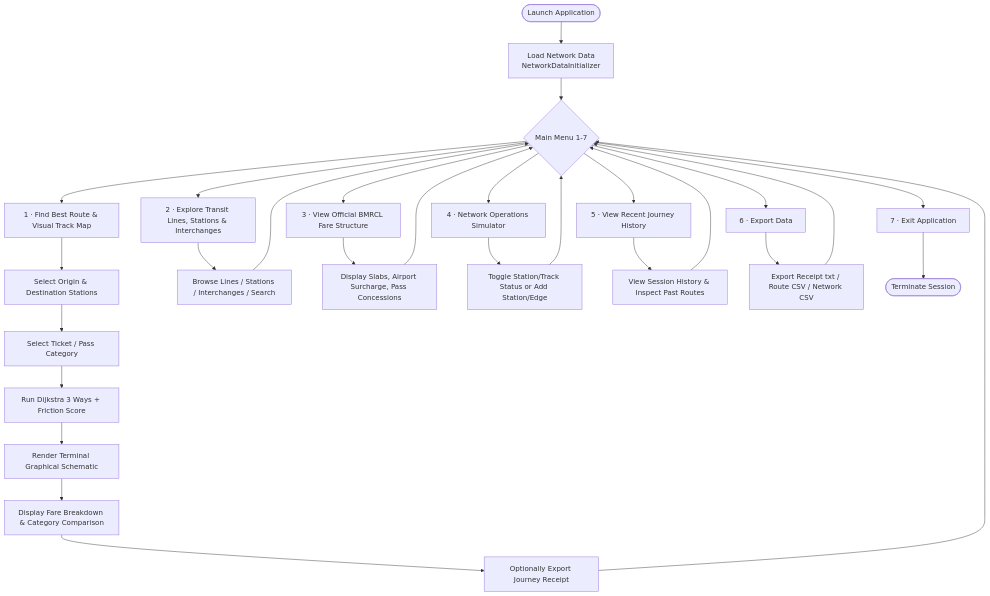
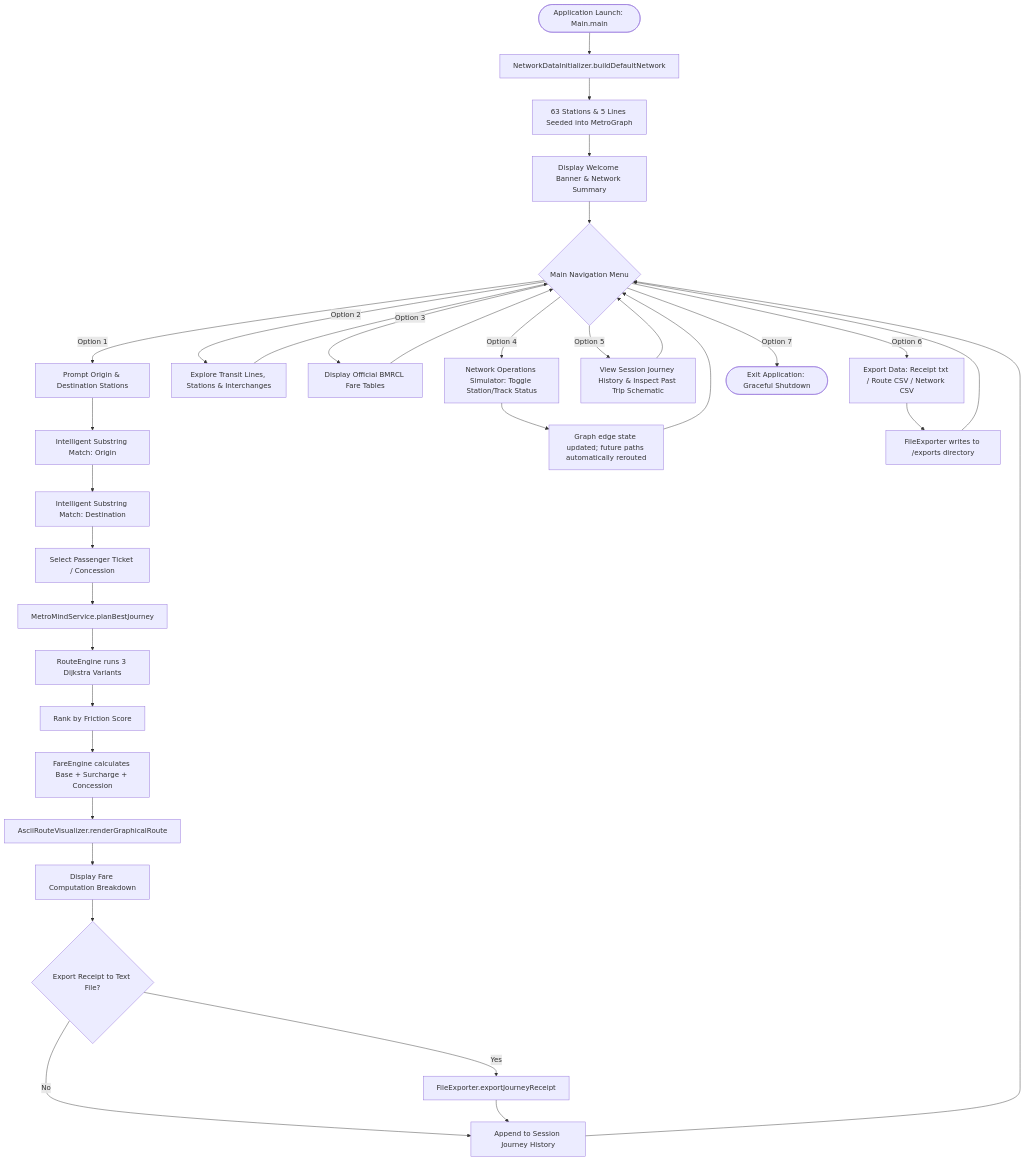
Before and after one commit to Lakshya241/MetroMind: the fourth of 4 diagrams in README.md, drawn with Mermaid. The commit also changed other lines of this file and 11 other files, not shown here.

Commit message:
refactor: update README with comprehensive documentation, architecture, and visual screenshots

````diff
--- a/README.md
+++ b/README.md
@@ -167,38 +401,43 @@
 ```mermaid
-graph TD
-    A([Launch Application]) --> B[Load Network Data\nNetworkDataInitializer]
-    B --> C{Main Menu 1-7}
+flowchart TD
+    START([Application Launch: Main.main]) --> INIT[NetworkDataInitializer.buildDefaultNetwork]
+    INIT --> LOAD[63 Stations & 5 Lines Seeded into MetroGraph]
+    LOAD --> WELCOME[Display Welcome Banner & Network Summary]
 
-    C --> D[1 · Find Best Route & Visual Track Map]
-    C --> E[2 · Explore Transit Lines, Stations & Interchanges]
-    C --> F[3 · View Official BMRCL Fare Structure]
-    C --> G[4 · Network Operations Simulator]
-    C --> H[5 · View Recent Journey History]
-    C --> I[6 · Export Data]
-    C --> K[7 · Exit Application]
+    WELCOME --> MENU{Main Navigation Menu}
 
-    D --> D1[Select Origin & Destination Stations]
-    D1 --> D2[Select Ticket / Pass Category]
-    D2 --> D3[Run Dijkstra 3 Ways + Friction Score]
-    D3 --> D4[Render Terminal Graphical Schematic]
-    D4 --> D5[Display Fare Breakdown & Category Comparison]
-    D5 --> D6[Optionally Export Journey Receipt]
-    D6 --> C
+    MENU -->|Option 1| ROUTE_PROMPT[Prompt Origin & Destination Stations]
+    ROUTE_PROMPT --> SEARCH_ORIGIN[Intelligent Substring Match: Origin]
+    SEARCH_ORIGIN --> SEARCH_DEST[Intelligent Substring Match: Destination]
+    SEARCH_DEST --> TICKET_PROMPT[Select Passenger Ticket / Concession]
+    TICKET_PROMPT --> BEST_ROUTE[MetroMindService.planBestJourney]
+    BEST_ROUTE --> CALC_3[RouteEngine runs 3 Dijkstra Variants]
+    CALC_3 --> SCORE[Rank by Friction Score]
+    SCORE --> FARE_CALC[FareEngine calculates Base + Surcharge + Concession]
+    FARE_CALC --> SCHEMATIC[AsciiRouteVisualizer.renderGraphicalRoute]
+    SCHEMATIC --> BREAKDOWN[Display Fare Computation Breakdown]
+    BREAKDOWN --> EXPORT_Q{Export Receipt to Text File?}
+    EXPORT_Q -->|Yes| DO_RECEIPT[FileExporter.exportJourneyReceipt]
+    EXPORT_Q -->|No| SAVE_HIST[Append to Session Journey History]
+    DO_RECEIPT --> SAVE_HIST
+    SAVE_HIST --> MENU
 
-    E --> E1[Browse Lines / Stations / Interchanges / Search]
-    E1 --> C
+    MENU -->|Option 2| EXPLORE[Explore Transit Lines, Stations & Interchanges]
+    EXPLORE --> MENU
 
-    F --> F1[Display Slabs, Airport Surcharge, Pass Concessions]
-    F1 --> C
+    MENU -->|Option 3| FARE_STRUCT[Display Official BMRCL Fare Tables]
+    FARE_STRUCT --> MENU
 
-    G --> G1[Toggle Station/Track Status or Add Station/Edge]
-    G1 --> C
+    MENU -->|Option 4| OPS_SIM[Network Operations Simulator: Toggle Station/Track Status]
+    OPS_SIM --> REROUTE_NOTE[Graph edge state updated; future paths automatically rerouted]
+    REROUTE_NOTE --> MENU
 
-    H --> H1[View Session History & Inspect Past Routes]
-    H1 --> C
+    MENU -->|Option 5| HIST[View Session Journey History & Inspect Past Trip Schematic]
+    HIST --> MENU
 
-    I --> I1[Export Receipt txt / Route CSV / Network CSV]
-    I1 --> C
+    MENU -->|Option 6| EXPORT_MENU[Export Data: Receipt txt / Route CSV / Network CSV]
+    EXPORT_MENU --> DO_EXPORTS[FileExporter writes to /exports directory]
+    DO_EXPORTS --> MENU
 
-    K --> L([Terminate Session])
+    MENU -->|Option 7| EXIT([Exit Application: Graceful Shutdown])
 ```
````
